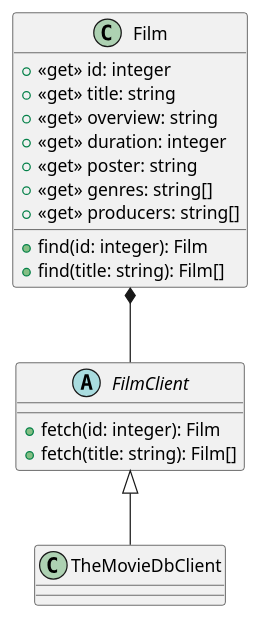
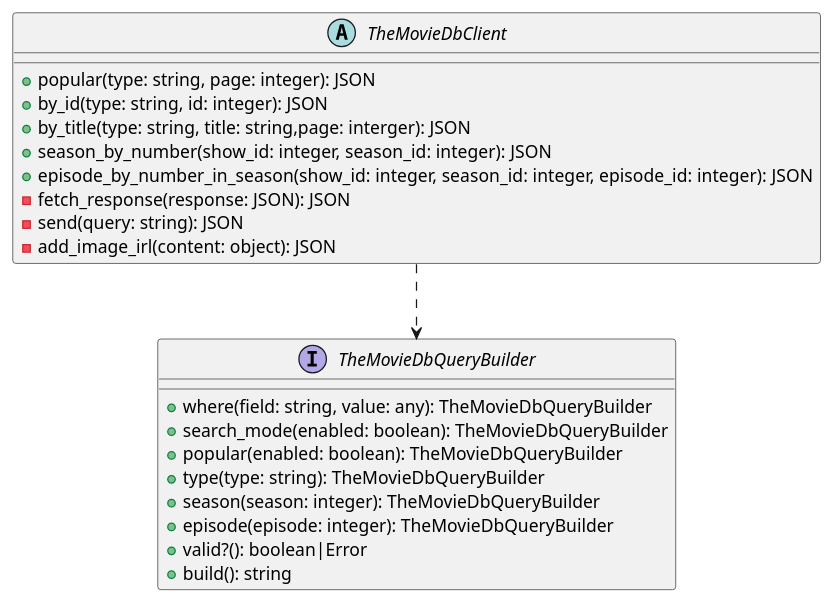
The diagram in doc/diagrams/film.puml (Thynkon/MAW2.1-KeepIt-Back), drawn with PlantUML before and after one commit.

Commit message:
documentation

```diff
--- a/doc/diagrams/film.puml
+++ b/doc/diagrams/film.puml
@@ -1,27 +1,26 @@
-@startuml
-class Film {
-  + <<get>> id: integer
-  + <<get>> title: string
-  + <<get>> overview: string
-  + <<get>> duration: integer   /' Called runtime on the API '/
-  + <<get>> poster: string      /' The advertising image of the film '/
-  + <<get>> genres: string[]
-  + <<get>> producers: string[]
-
-  + find(id: integer): Film
-  + find(title: string): Film[]
+@startuml BooksDiagram
+abstract class TheMovieDbClient {
+  + popular(type: string, page: integer): JSON
+  + by_id(type: string, id: integer): JSON
+  + by_title(type: string, title: string,page: interger): JSON
+  + season_by_number(show_id: integer, season_id: integer): JSON
+  + episode_by_number_in_season(show_id: integer, season_id: integer, episode_id: integer): JSON
+  - fetch_response(response: JSON): JSON
+  - send(query: string): JSON
+  - add_image_irl(content: object): JSON
 }
 
-abstract class FilmClient {
-  + fetch(id: integer): Film
-  + fetch(title: string): Film[]
+interface TheMovieDbQueryBuilder {
+  + where(field: string, value: any): TheMovieDbQueryBuilder
+  + search_mode(enabled: boolean): TheMovieDbQueryBuilder
+  + popular(enabled: boolean): TheMovieDbQueryBuilder
+  + type(type: string): TheMovieDbQueryBuilder
+  + season(season: integer): TheMovieDbQueryBuilder
+  + episode(episode: integer): TheMovieDbQueryBuilder
+  + valid?(): boolean|Error
+  + build(): string
 }
 
-class TheMovieDbClient{
+TheMovieDbClient ..> TheMovieDbQueryBuilder
 
-}
-
-FilmClient <|-- TheMovieDbClient
-
-Film *-- FilmClient
 @enduml
```
